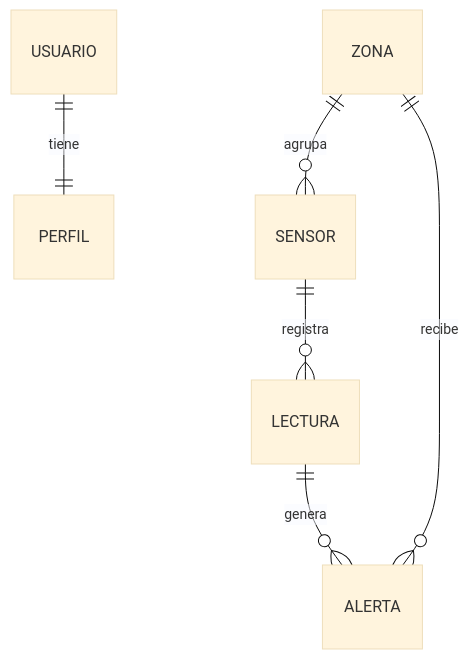
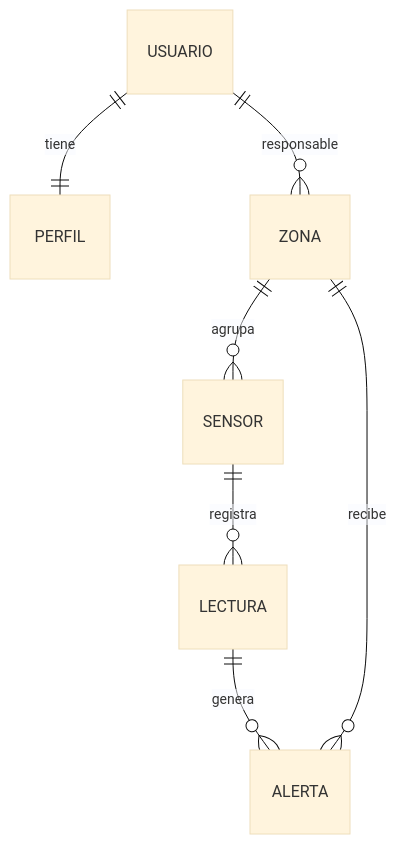
Before and after one commit to diarpicu2022-commits/hidromon: the diagram in README.md, drawn with Mermaid (base theme). The commit also changed other lines of this file, not shown here.

Commit message:
docs: document the automatic alerts, the resolver endpoint and the zona responsable

````diff
--- a/README.md
+++ b/README.md
@@ -35,8 +35,9 @@
 ```mermaid
 erDiagram
     USUARIO ||--|| PERFIL : tiene
+    USUARIO ||--o{ ZONA : responsable
     ZONA ||--o{ SENSOR : agrupa
     SENSOR ||--o{ LECTURA : registra
     LECTURA ||--o{ ALERTA : genera
     ZONA ||--o{ ALERTA : recibe
 ```
````
